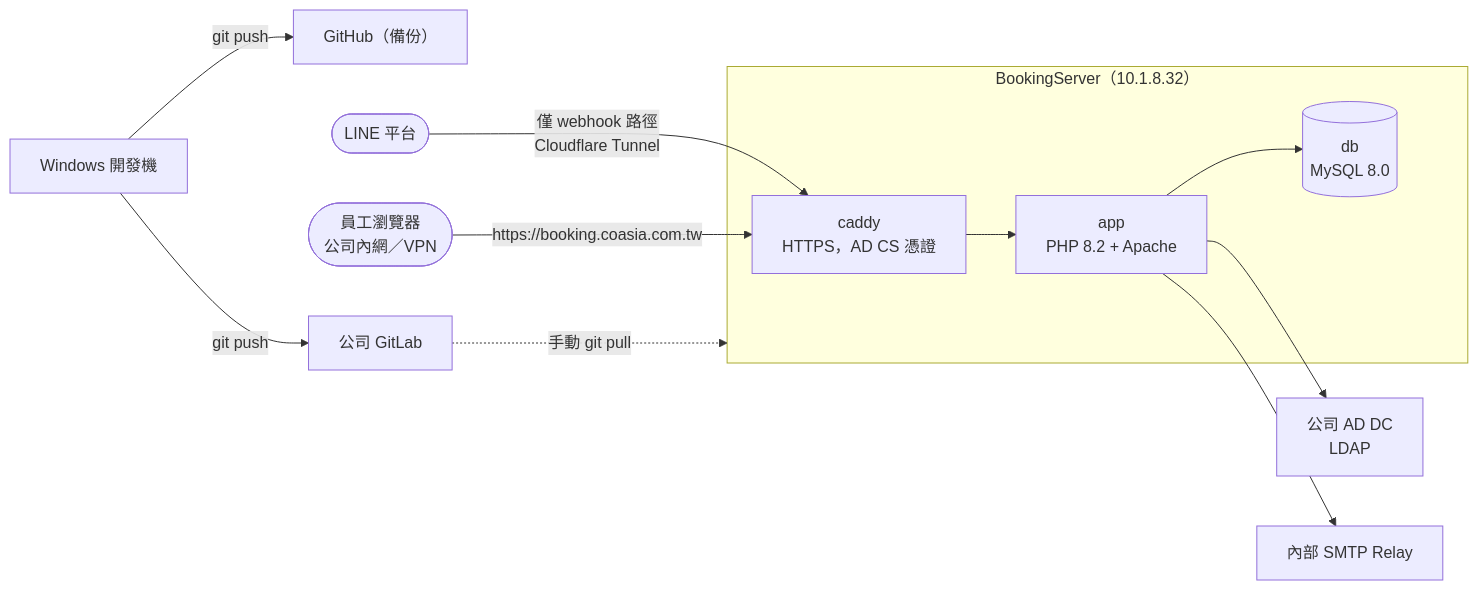
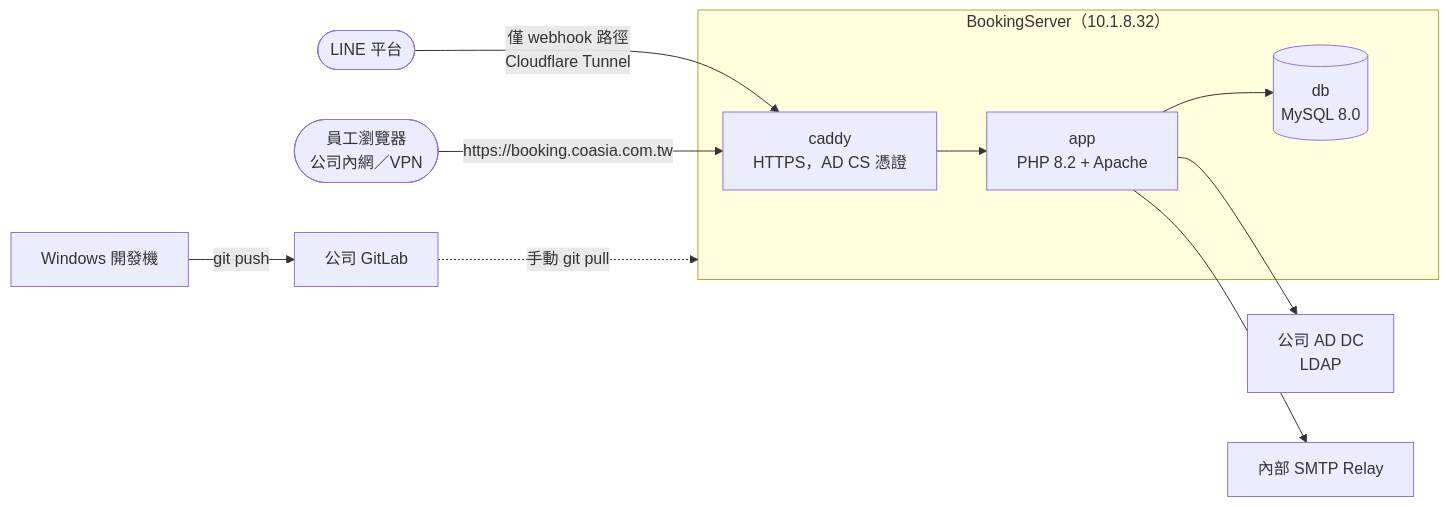
Before and after one commit to Shawn0604/LibreBooking-CoAsia: the diagram in README.md, drawn with Mermaid. The commit also changed other lines of this file and 2 other files, not shown here.

Commit message:
docs: remove personal GitHub references from repo docs

````diff
--- a/README.md
+++ b/README.md
@@ -108,15 +108,14 @@
 ```mermaid
 flowchart LR
-    Dev["Windows 開發機"] -->|git push| GH["GitHub（備份）"]
-    Dev -->|git push| GL["公司 GitLab"]
+    Dev["Windows 開發機"] -->|git push| GL["公司 GitLab"]
     GL -.->|"手動 git pull"| VM
     LINE(["LINE 平台"]) -->|"僅 webhook 路徑<br/>Cloudflare Tunnel"| Caddy
 
     subgraph VM["BookingServer（10.1.8.32）"]
         Caddy["caddy<br/>HTTPS，AD CS 憑證"] --> App["app<br/>PHP 8.2 + Apache"] --> DB[("db<br/>MySQL 8.0")]
     end
 
     User(["員工瀏覽器<br/>公司內網／VPN"]) -->|"https://booking.coasia.com.tw"| Caddy
     App --> DC["公司 AD DC<br/>LDAP"]
     App --> SMTP["內部 SMTP Relay"]
 ```
````
